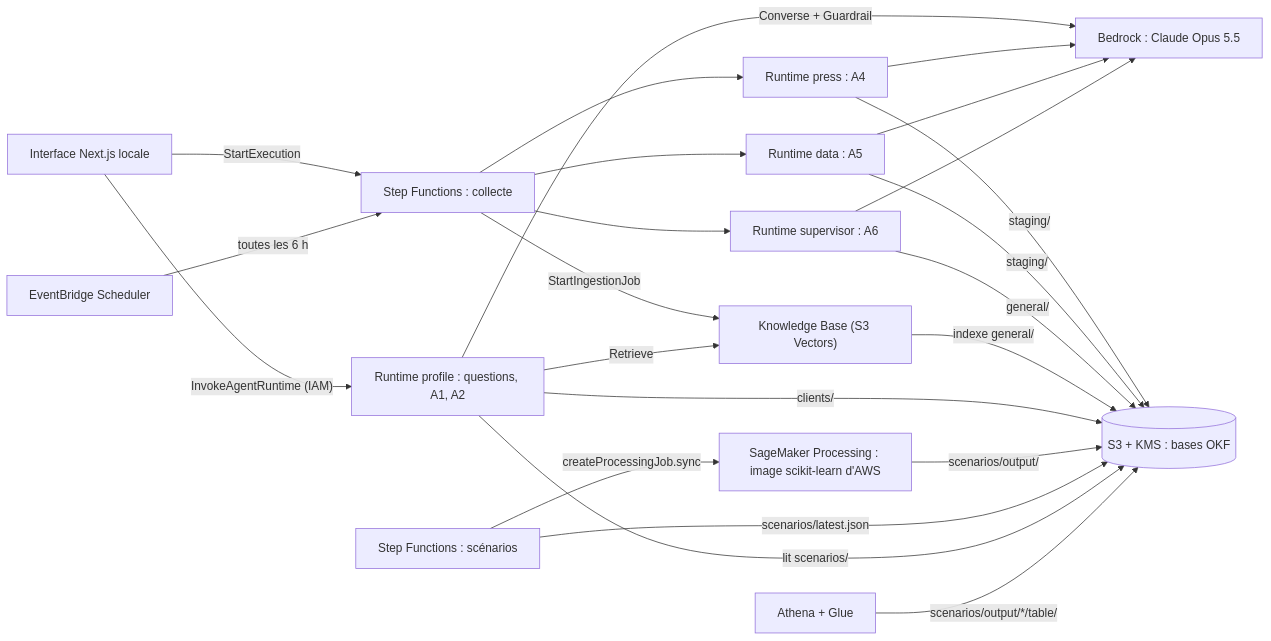
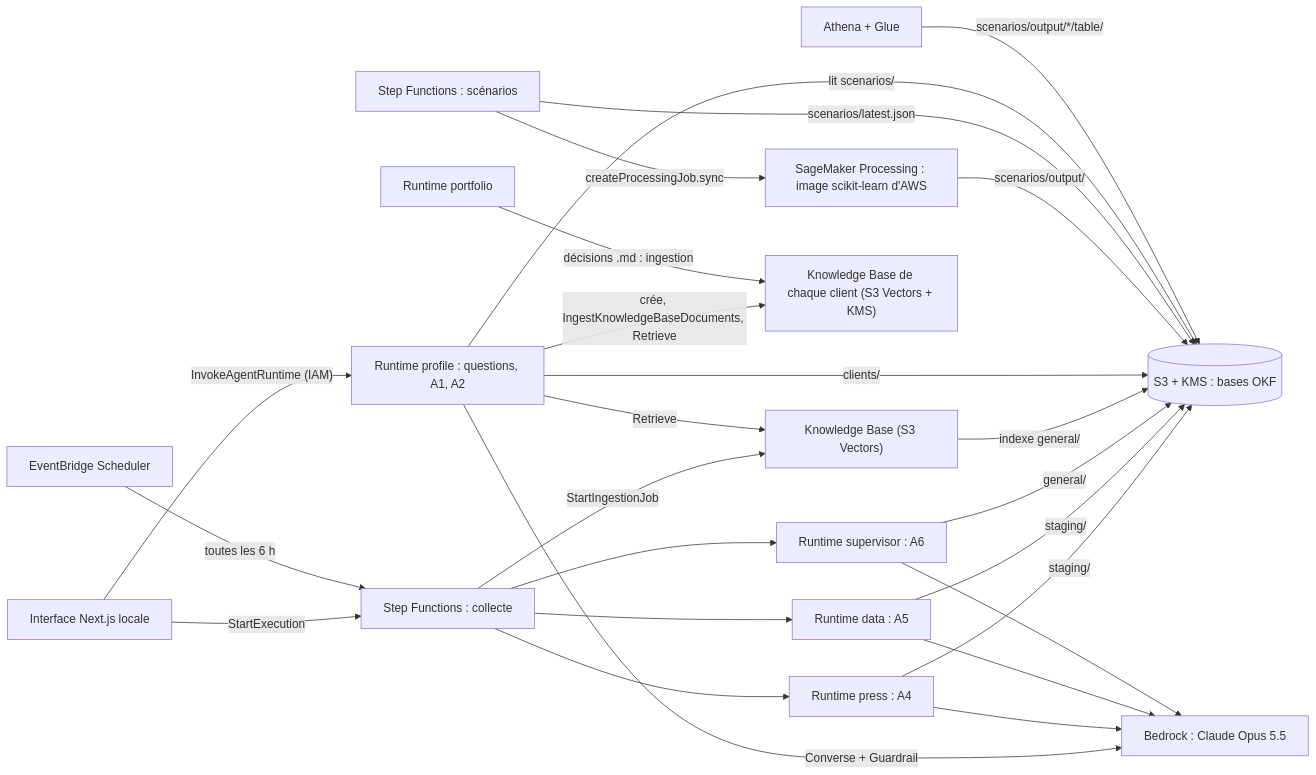
The first of 2 diagrams in infrastructure/README.md (sf-bit24/alphaforge-polyfinances-2026), drawn with Mermaid before and after one commit. The commit also changed other lines of this file and 3 other files, not shown here.

First line of the commit message:
docs: Knowledge Base de chaque client (contrat, README, schémas)

````diff
--- a/infrastructure/README.md
+++ b/infrastructure/README.md
@@ -20,25 +21,27 @@
 ```mermaid
 flowchart LR
     UI["Interface Next.js locale"] -->|"InvokeAgentRuntime (IAM)"| P["Runtime profile : questions, A1, A2"]
     UI -->|"StartExecution"| SF["Step Functions : collecte"]
     SCH["EventBridge Scheduler"] -->|"toutes les 6 h"| SF
     SF --> A4["Runtime press : A4"]
     SF --> A5["Runtime data : A5"]
     A4 -->|"staging/"| S3[("S3 + KMS : bases OKF")]
     A5 -->|"staging/"| S3
     SF --> A6["Runtime supervisor : A6"]
     A6 -->|"general/"| S3
     SF -->|"StartIngestionJob"| KB["Knowledge Base (S3 Vectors)"]
     KB -->|"indexe general/"| S3
     P -->|"clients/"| S3
     P -->|"Retrieve"| KB
+    P -->|"crée, IngestKnowledgeBaseDocuments, Retrieve"| CKB["Knowledge Base de chaque client (S3 Vectors + KMS)"]
+    PF["Runtime portfolio"] -->|"décisions .md : ingestion"| CKB
     P -->|"Converse + Guardrail"| M["Bedrock : Claude Opus 5.5"]
     A4 --> M
     A5 --> M
     A6 --> M
     SFS["Step Functions : scénarios"] -->|"createProcessingJob.sync"| SM["SageMaker Processing : image scikit-learn d'AWS"]
     SM -->|"scenarios/output/"| S3
     SFS -->|"scenarios/latest.json"| S3
     P -->|"lit scenarios/"| S3
     ATH["Athena + Glue"] -->|"scenarios/output/*/table/"| S3
 ```
````
